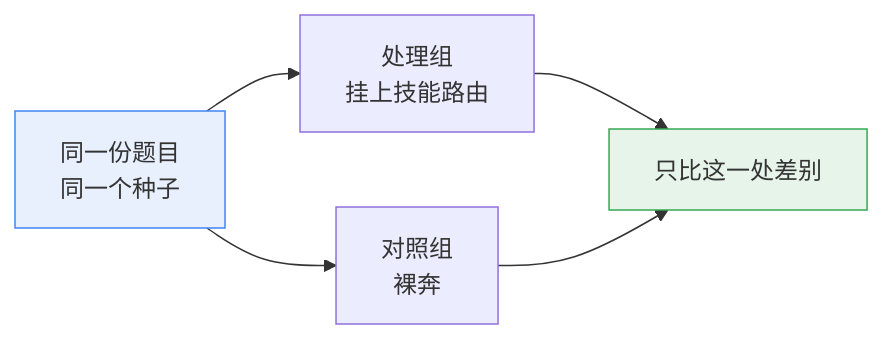
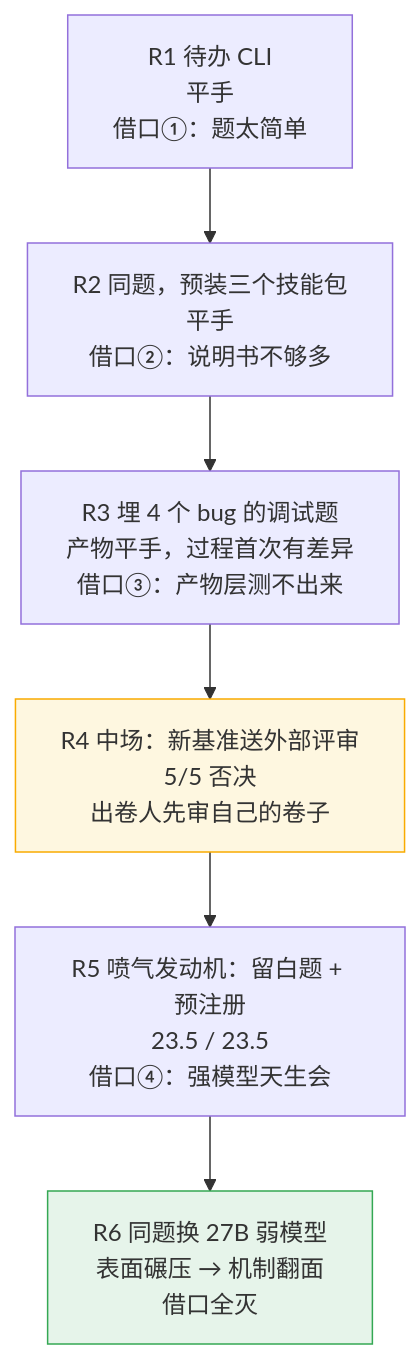
One commit to nehcuh/vibesop-py changed the fourth of 8 diagrams in docs/skill-routing-explained.md. Above: the diagram before and after it, drawn with Mermaid. The commit also changed other lines of this file and 4 other files, not shown here.

````diff
--- a/docs/skill-routing-explained.md
+++ b/docs/skill-routing-explained.md
@@ -109,9 +120,12 @@
 ```mermaid
-flowchart LR
-    T["同一份题目<br/>同一个种子"] --> A["处理组<br/>挂上技能路由"]
-    T --> B["对照组<br/>裸奔"]
-    A --> C["只比这一处差别"]
-    B --> C
-    style T fill:#e8f0fe,stroke:#4285f4
-    style C fill:#e6f4ea,stroke:#34a853
+flowchart TD
+    R1["R1 待办 CLI<br/>平手<br/>借口①：题太简单"]
+    R2["R2 同题，预装三个技能包<br/>平手<br/>借口②：说明书不够多"]
+    R3["R3 埋 4 个 bug 的调试题<br/>产物平手，过程首次有差异<br/>借口③：产物层测不出来"]
+    R4["R4 中场：新基准送外部评审<br/>5/5 否决<br/>出卷人先审自己的卷子"]
+    R5["R5 喷气发动机：留白题 + 预注册<br/>23.5 / 23.5<br/>借口④：强模型天生会"]
+    R6["R6 同题换 27B 弱模型<br/>表面碾压 → 机制翻面<br/>借口全灭"]
+    R1 --> R2 --> R3 --> R4 --> R5 --> R6
+    style R4 fill:#fef7e0,stroke:#f9ab00
+    style R6 fill:#e6f4ea,stroke:#34a853
 ```
````
